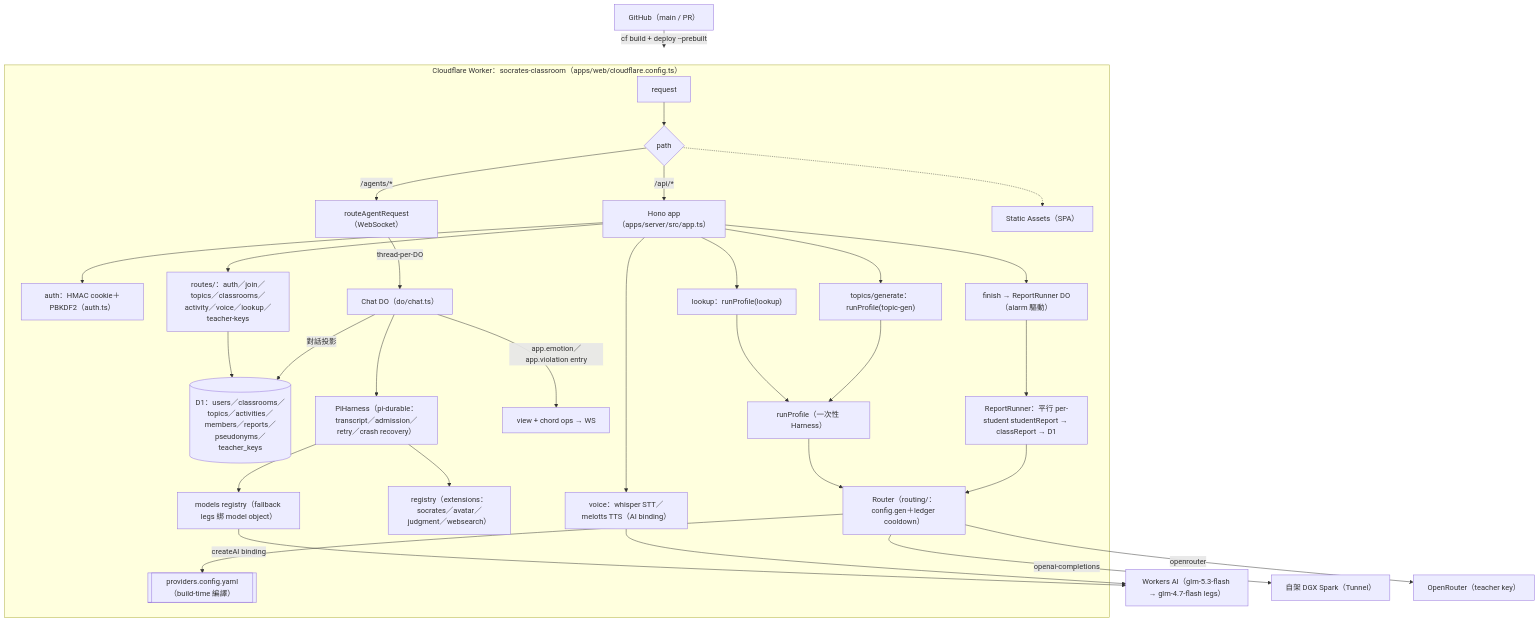
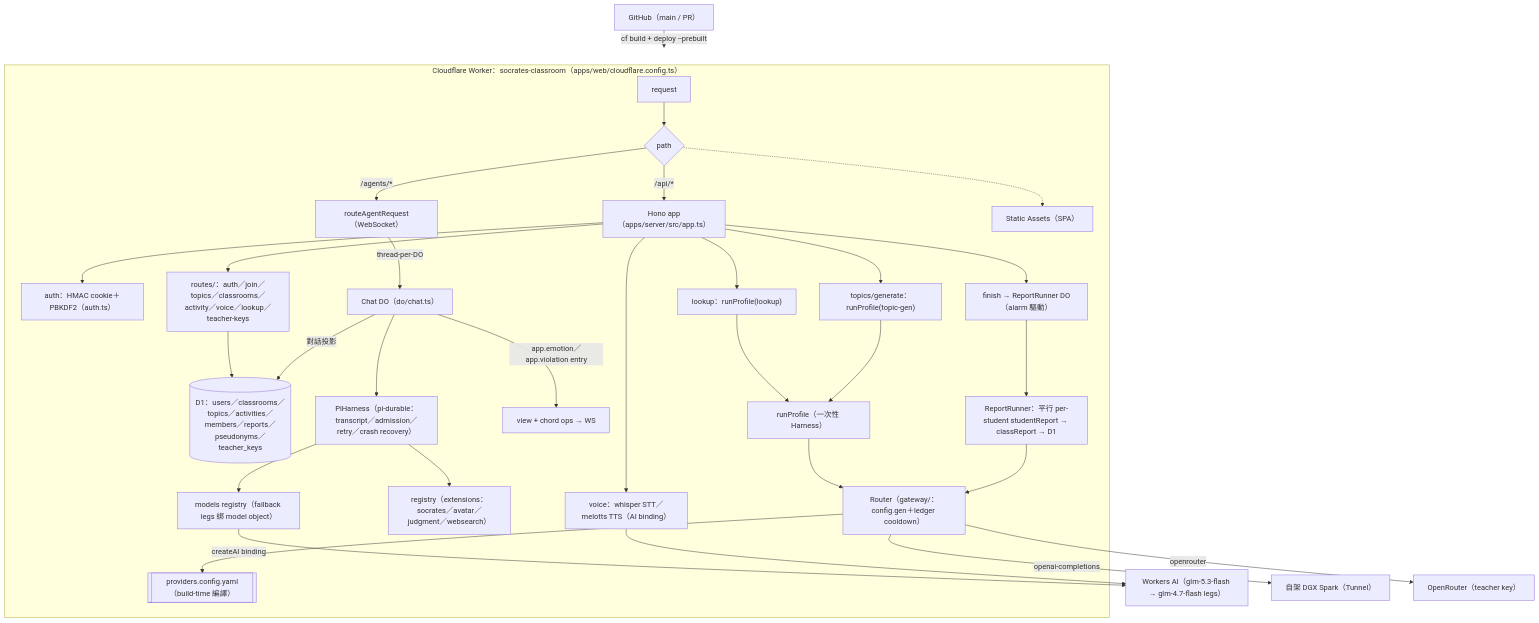
One commit to ntnu-swe-2026-team4/socrates-classroom changed the diagram in docs/architecture.md. Above: the diagram before and after it, drawn with Mermaid. The commit also changed other lines of this file and 24 other files, not shown here.

First line of the commit message:
refactor(server): rename routing/ to gateway/ — align with industry naming

````diff
--- a/docs/architecture.md
+++ b/docs/architecture.md
@@ -21,38 +21,38 @@
 ```mermaid
 flowchart TD
     GH["GitHub（main / PR）"] -->|"cf build + deploy --prebuilt"| WORKER
 
     subgraph WORKER["Cloudflare Worker：socrates-classroom（apps/web/cloudflare.config.ts）"]
         REQ["request"] --> SPLIT{"path"}
         SPLIT -->|"/api/*"| HONO["Hono app（apps/server/src/app.ts）"]
         SPLIT -->|"/agents/*"| AGENT["routeAgentRequest（WebSocket）"]
         SPLIT -.-> SA["Static Assets（SPA）"]
 
         HONO --> AUTH["auth：HMAC cookie＋PBKDF2（auth.ts）"]
         HONO --> ROUTES["routes/：auth／join／topics／classrooms／activity／voice／lookup／teacher-keys"]
         ROUTES --> DB[("D1：users／classrooms／topics／activities／members／reports／pseudonyms／teacher_keys")]
         HONO --> VOICE["voice：whisper STT／melotts TTS（AI binding）"]
         HONO --> LOOKUP["lookup：runProfile(lookup)"]
         HONO --> GEN["topics/generate：runProfile(topic-gen)"]
         HONO --> FINISH["finish → ReportRunner DO（alarm 驅動）"]
 
         AGENT -->|"thread-per-DO"| CHAT["Chat DO（do/chat.ts）"]
         CHAT --> PH["PiHarness（pi-durable：transcript／admission／retry／crash recovery）"]
         PH --> REG["registry（extensions：socrates／avatar／judgment／websearch）"]
         PH --> MODELS["models registry（fallback legs 綁 model object）"]
         CHAT -->|"app.emotion／app.violation entry"| VIEW["view + chord ops → WS"]
         CHAT -->|"對話投影"| DB
 
         LOOKUP --> RP["runProfile（一次性 Harness）"]
         GEN --> RP
-        RP --> ROUTER["Router（routing/：config.gen＋ledger cooldown）"]
+        RP --> ROUTER["Router（gateway/：config.gen＋ledger cooldown）"]
         ROUTER --> CFG[["providers.config.yaml（build-time 編譯）"]]
         FINISH --> RR["ReportRunner：平行 per-student studentReport → classReport → D1"]
         RR --> ROUTER
     end
 
     MODELS -->|"createAI binding"| WAI["Workers AI（glm-5.3-flash → glm-4.7-flash legs）"]
     ROUTER -->|"openai-completions"| DGX["自架 DGX Spark（Tunnel）"]
     ROUTER -->|"openrouter"| OR["OpenRouter（teacher key）"]
     VOICE --> WAI
 ```
````
